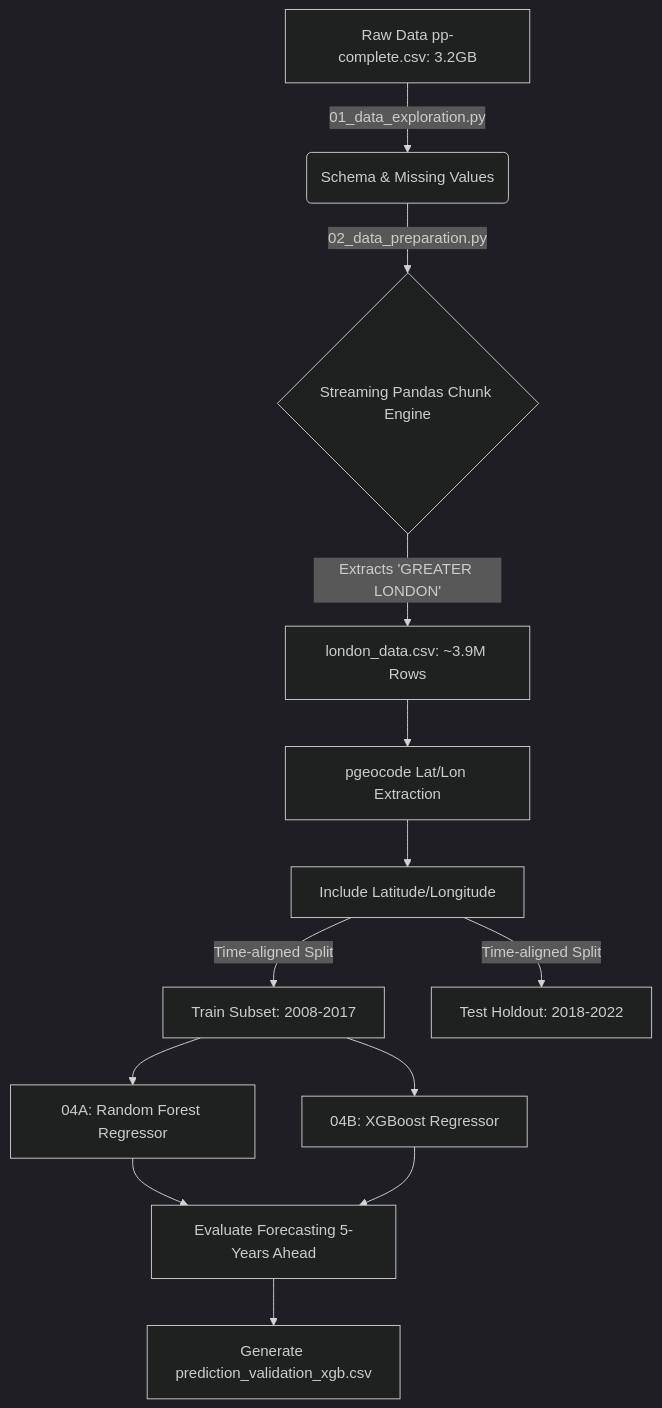
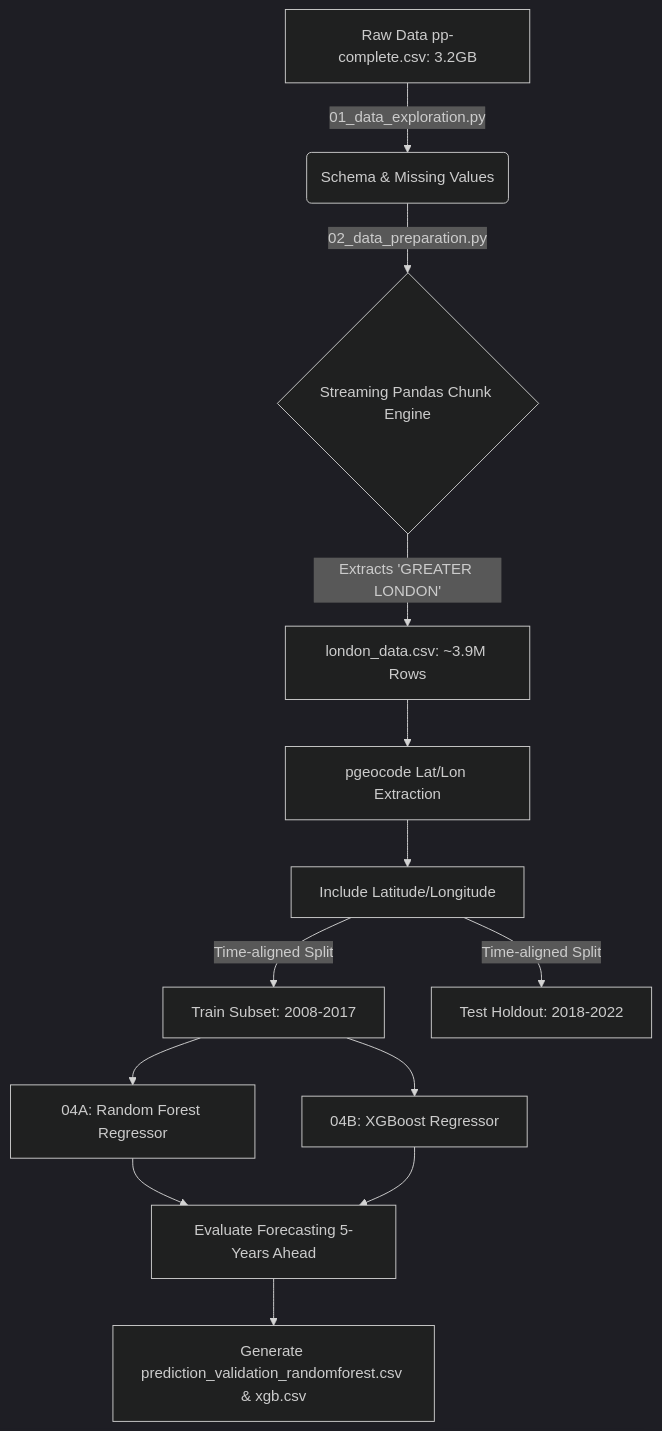
Before and after one commit to SuyeshaMitra/Real_Estate_Demand_Estmation: the diagram in walkthrough.md, drawn with Mermaid (dark theme). The commit also changed other lines of this file and 3 other files, not shown here.

Commit message:
Renamed output CSV prediction validation for Random forest.

````diff
--- a/walkthrough.md
+++ b/walkthrough.md
@@ -11,15 +11,15 @@
 ```mermaid
 flowchart TD
     A[Raw Data pp-complete.csv: 3.2GB] -->|01_data_exploration.py| B(Schema & Missing Values)
     B -->|02_data_preparation.py| C{Streaming Pandas Chunk Engine}
     C -->|Extracts 'GREATER LONDON'| D[london_data.csv: ~3.9M Rows]
     D --> E[pgeocode Lat/Lon Extraction]
     E --> F[Include Latitude/Longitude]
     F -->|Time-aligned Split| G[Train Subset: 2008-2017]
     F -->|Time-aligned Split| H[Test Holdout: 2018-2022]
     G --> I[04A: Random Forest Regressor]
     G --> X[04B: XGBoost Regressor]
     I --> K[Evaluate Forecasting 5-Years Ahead]
     X --> K
-    K --> L[Generate prediction_validation_xgb.csv]
+    K --> L[Generate prediction_validation_randomforest.csv & xgb.csv]
 ```
````
